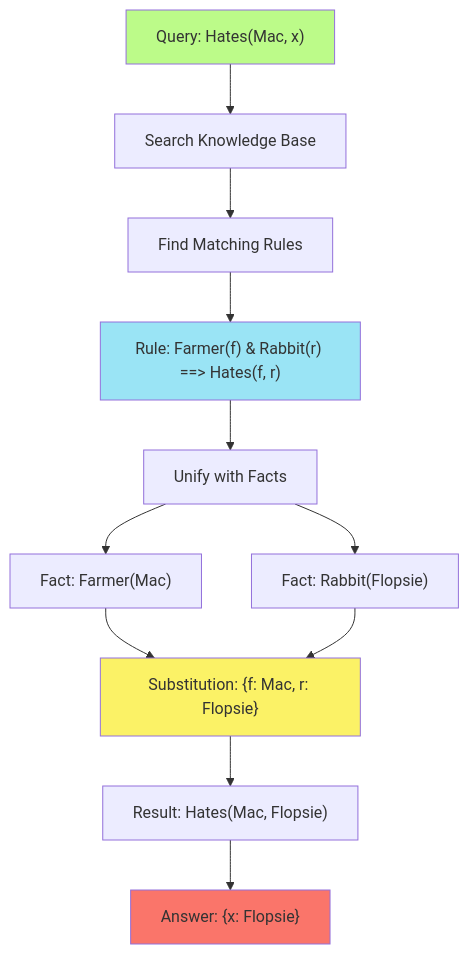
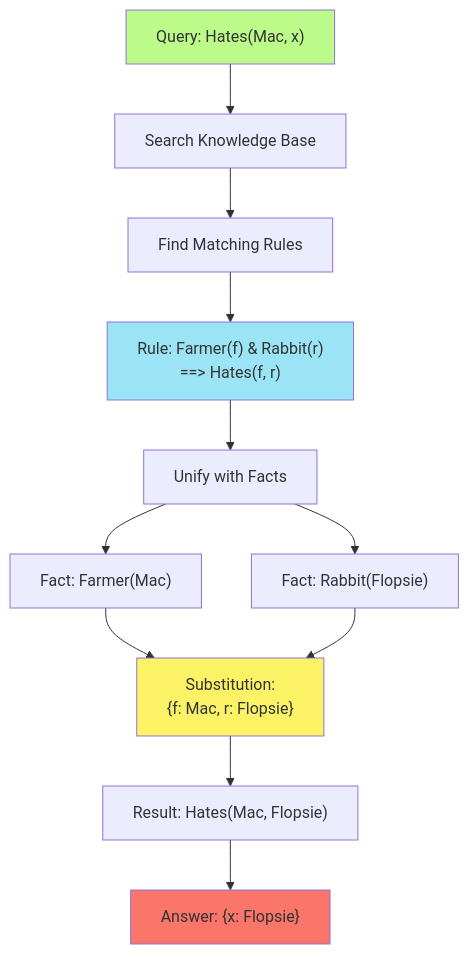
Before and after one commit to Chaklader/progression-search-agent: the third of 10 diagrams in C_3.md, drawn with Mermaid. The commit also changed other lines of this file, not shown here.

Commit message:
The commit is successful

````diff
--- a/C_3.md
+++ b/C_3.md
@@ -329,18 +329,18 @@
 ```mermaid
 flowchart TD
     A["Query: Hates(Mac, x)"] --> B["Search Knowledge Base"]
     B --> C["Find Matching Rules"]
-    C --> D["Rule: Farmer(f) & Rabbit(r) ==> Hates(f, r)"]
+    C --> D["Rule: Farmer(f) & Rabbit(r)<br> ==> Hates(f, r)"]
     D --> E["Unify with Facts"]
     E --> F["Fact: Farmer(Mac)"]
     E --> G["Fact: Rabbit(Flopsie)"]
-    F --> H["Substitution: {f: Mac, r: Flopsie}"]
+    F --> H["Substitution: <br>{f: Mac, r: Flopsie}"]
     G --> H
     H --> I["Result: Hates(Mac, Flopsie)"]
     I --> J["Answer: {x: Flopsie}"]
 
     style A fill:#BCFB89
     style J fill:#FA756A
     style D fill:#9AE4F5
     style H fill:#FBF266
 ```
````
